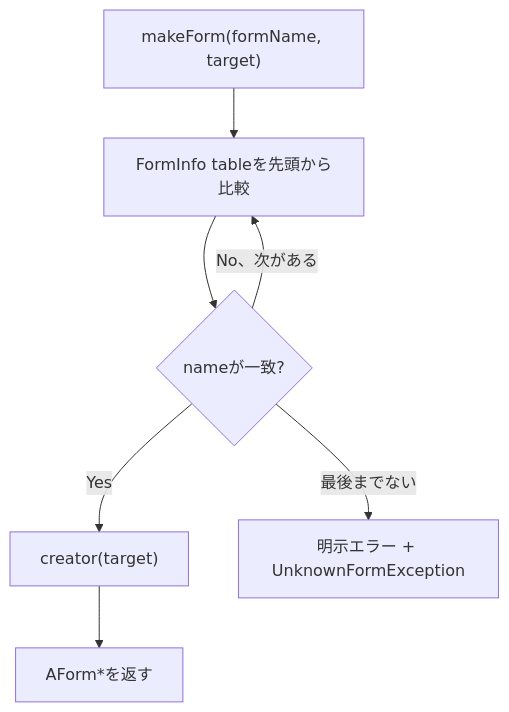
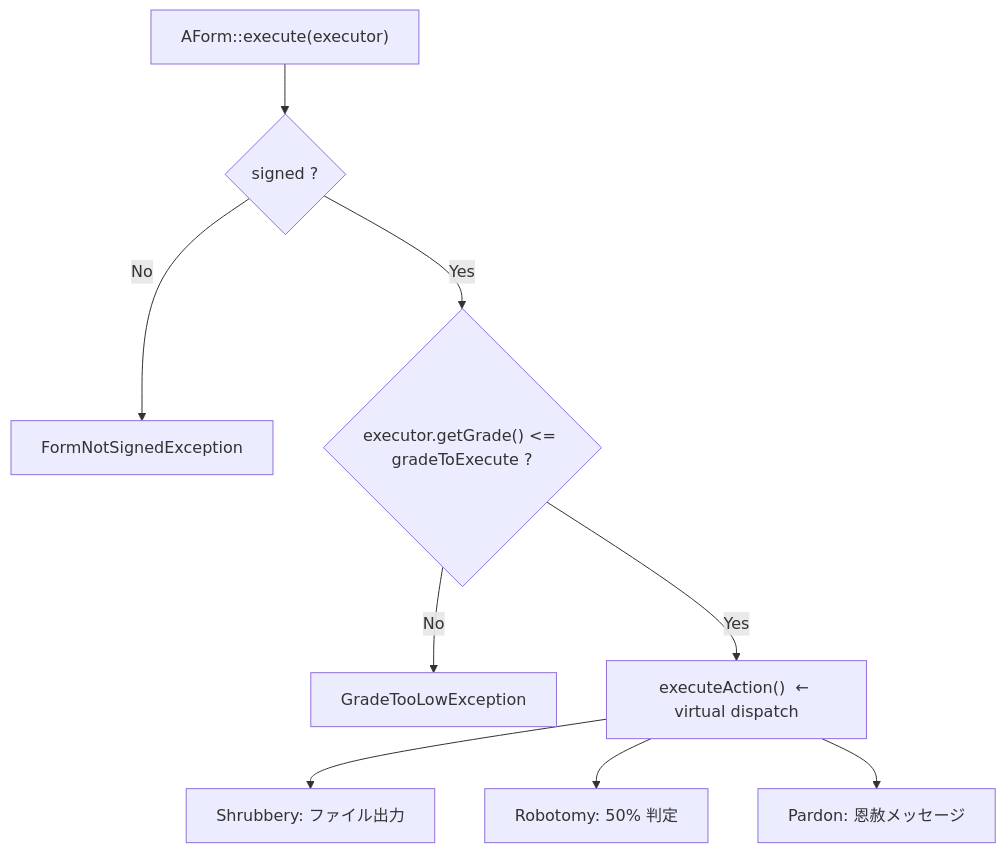
Before and after one commit to Kizuna42/cpp: the fifth of 6 diagrams in CPP05_COMPLETE_DEFENSE_GUIDE.md, drawn with Mermaid. The commit also changed other lines of this file, not shown here.

````diff
--- a/CPP05_COMPLETE_DEFENSE_GUIDE.md
+++ b/CPP05_COMPLETE_DEFENSE_GUIDE.md
@@ -449,9 +278,11 @@
 ```mermaid
 flowchart TD
-    M["makeForm(formName, target)"] --> T["FormInfo tableを先頭から比較"]
-    T --> N{"nameが一致?"}
-    N -- Yes --> C["creator(target)"]
-    C --> P["AForm*を返す"]
-    N -- No、次がある --> T
-    N -- 最後までない --> U["明示エラー + UnknownFormException"]
+    X["AForm::execute(executor)"] --> S{"signed ?"}
+    S -- No --> NS["FormNotSignedException"]
+    S -- Yes --> G{"executor.getGrade() &lt;= gradeToExecute ?"}
+    G -- No --> GL["GradeTooLowException"]
+    G -- Yes --> A["executeAction()  ← virtual dispatch"]
+    A --> C1["Shrubbery: ファイル出力"]
+    A --> C2["Robotomy: 50% 判定"]
+    A --> C3["Pardon: 恩赦メッセージ"]
 ```
````
